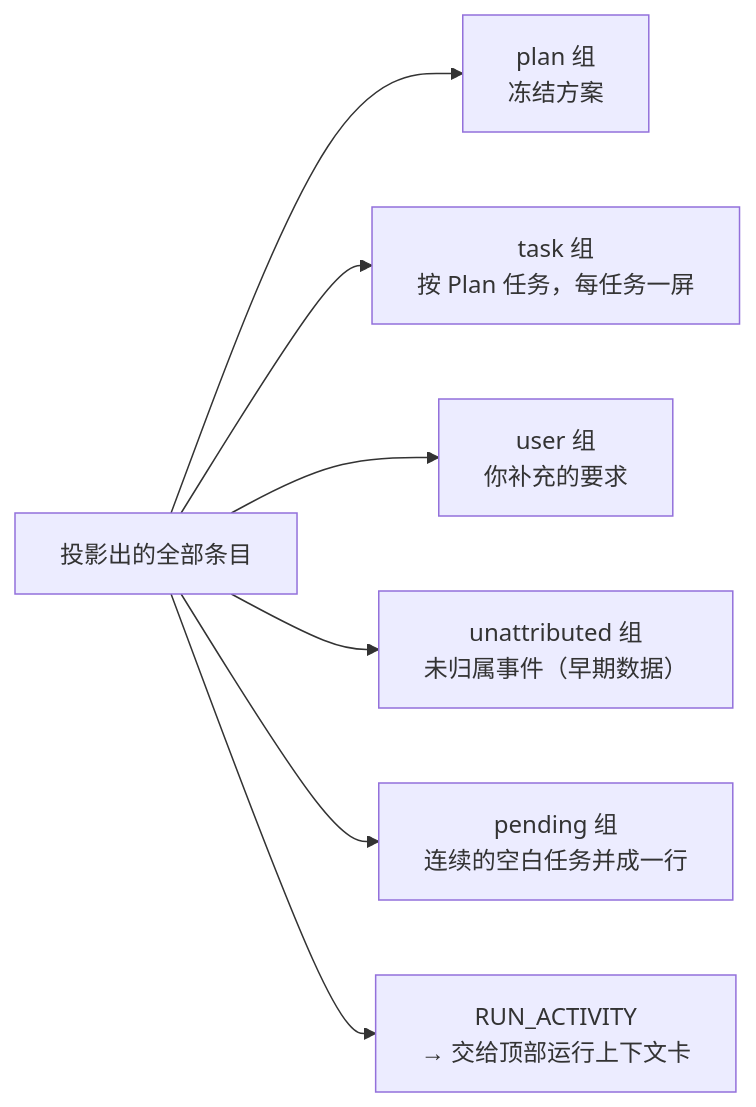
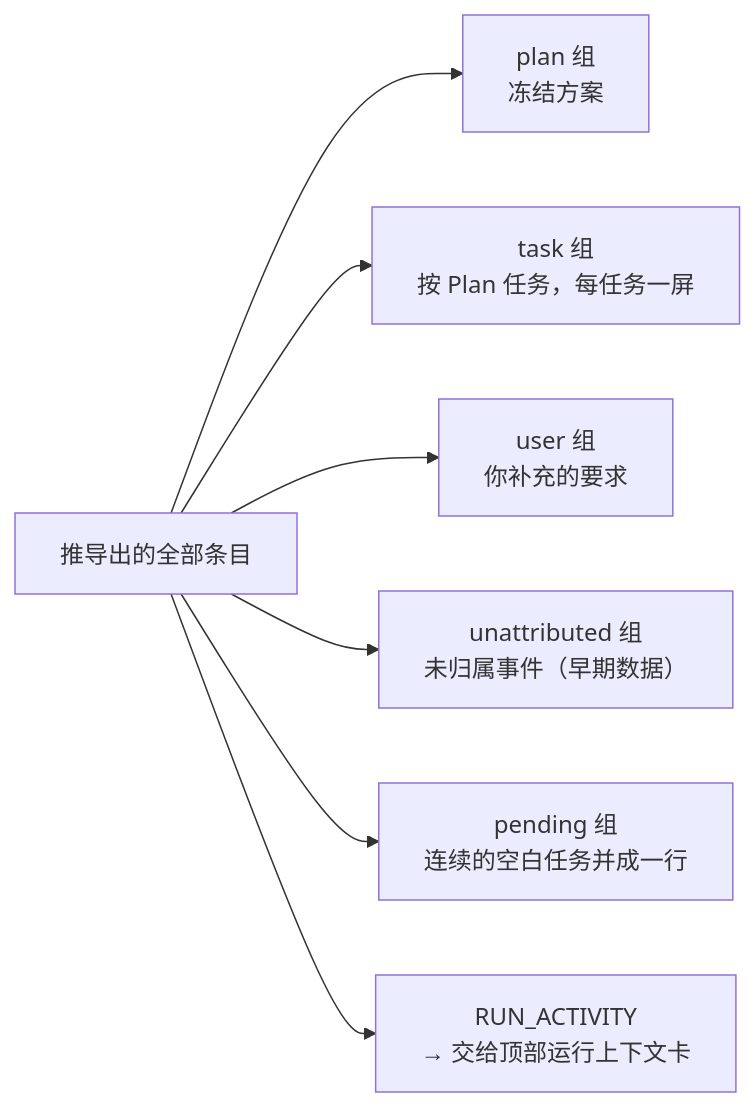
The fifth of 10 diagrams in docs/消息类型及事件状态机流程图.md (DigitalMarsh/pipeline-factory), drawn with Mermaid before and after one commit. The commit also changed other lines of this file and 1 other file, not shown here.

````diff
--- a/docs/消息类型及事件状态机流程图.md
+++ b/docs/消息类型及事件状态机流程图.md
@@ -826,9 +837,9 @@
 ```mermaid
 flowchart LR
-  ALL["投影出的全部条目"] --> G1["plan 组<br/>冻结方案"]
+  ALL["推导出的全部条目"] --> G1["plan 组<br/>冻结方案"]
   ALL --> G2["task 组<br/>按 Plan 任务，每任务一屏"]
   ALL --> G3["user 组<br/>你补充的要求"]
   ALL --> G4["unattributed 组<br/>未归属事件（早期数据）"]
   ALL --> G5["pending 组<br/>连续的空白任务并成一行"]
   ALL --> H["RUN_ACTIVITY<br/>→ 交给顶部运行上下文卡"]
 ```
````
